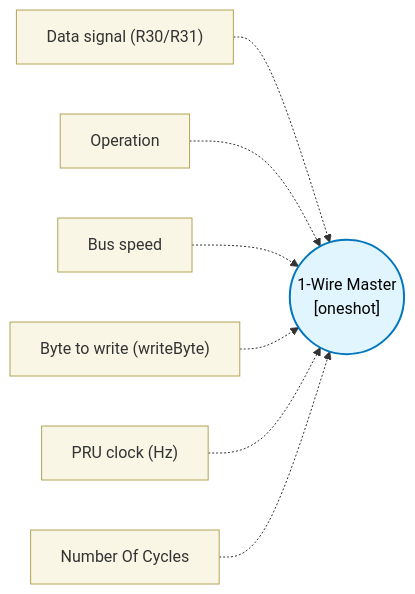
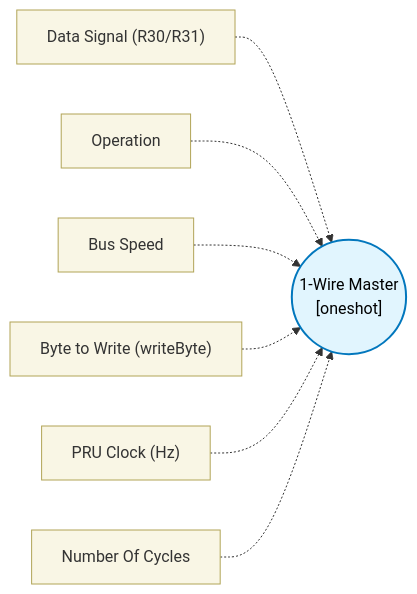
One commit to TexasInstruments/pru-no-code-tool changed the diagram in docs/block-reference/blocks/onewire_block/design.md. Above: the diagram before and after it, drawn with Mermaid. The commit also changed other lines of this file and 89 other files, not shown here.

````diff
--- a/docs/block-reference/blocks/onewire_block/design.md
+++ b/docs/block-reference/blocks/onewire_block/design.md
@@ -11,12 +11,12 @@
 ```mermaid
 flowchart LR
   classDef config fill:#f9f6e5,stroke:#b1a457,stroke-width:1px,color:#333;
   classDef core fill:#e1f5fe,stroke:#0277bd,stroke-width:2px,color:#000;
   CORE(("1-Wire Master\n[oneshot]")):::core
-  CFG0["Data signal (R30/R31)"]:::config -.-> CORE
+  CFG0["Data Signal (R30/R31)"]:::config -.-> CORE
   CFG1["Operation"]:::config -.-> CORE
-  CFG2["Bus speed"]:::config -.-> CORE
-  CFG3["Byte to write (writeByte)"]:::config -.-> CORE
-  CFG4["PRU clock (Hz)"]:::config -.-> CORE
+  CFG2["Bus Speed"]:::config -.-> CORE
+  CFG3["Byte to Write (writeByte)"]:::config -.-> CORE
+  CFG4["PRU Clock (Hz)"]:::config -.-> CORE
   CFG5["Number Of Cycles"]:::config -.-> CORE
 ```
````
